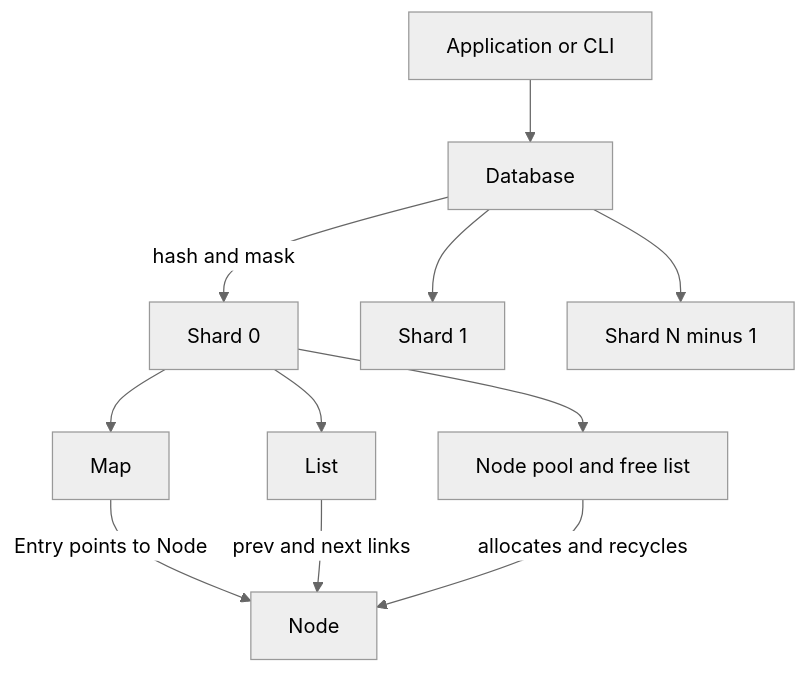
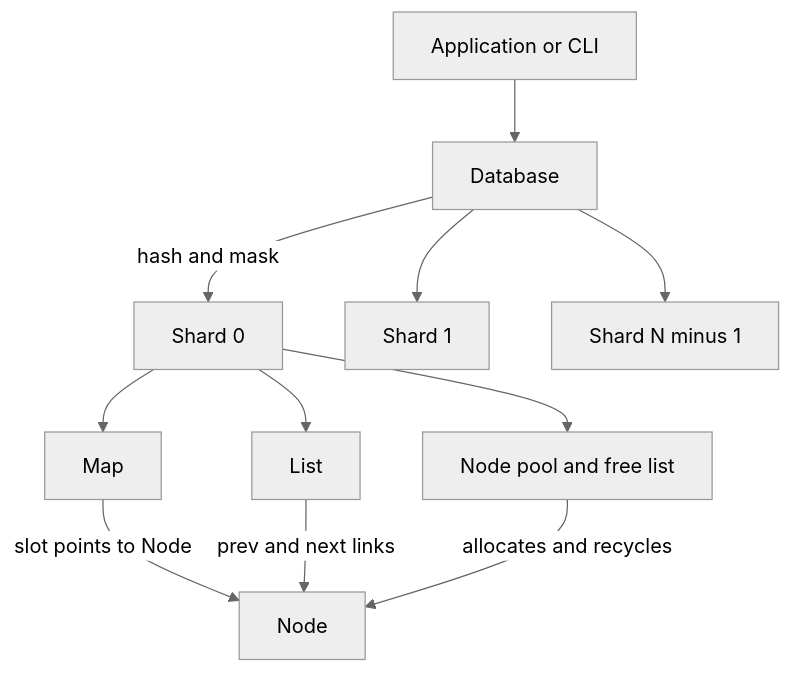
One commit to nikhil-thorat/minidb changed the diagram in docs/ARCHITECTURE.md. Above: the diagram before and after it, drawn with Mermaid (neutral theme). The commit also changed other lines of this file and 1 other file, not shown here.

Commit message:
docs: updated architecture and README for latest optimizations

````diff
--- a/docs/ARCHITECTURE.md
+++ b/docs/ARCHITECTURE.md
@@ -9,13 +9,13 @@
 ```mermaid
 flowchart TD
     A[Application or CLI] --> D[Database]
     D -->|hash and mask| S0[Shard 0]
     D --> S1[Shard 1]
     D --> SN[Shard N minus 1]
     S0 --> M[Map]
     S0 --> L[List]
     S0 --> P[Node pool and free list]
-    M -->|Entry points to Node| N[Node]
+    M -->|slot points to Node| N[Node]
     L -->|prev and next links| N
     P -->|allocates and recycles| N
 ```
````
